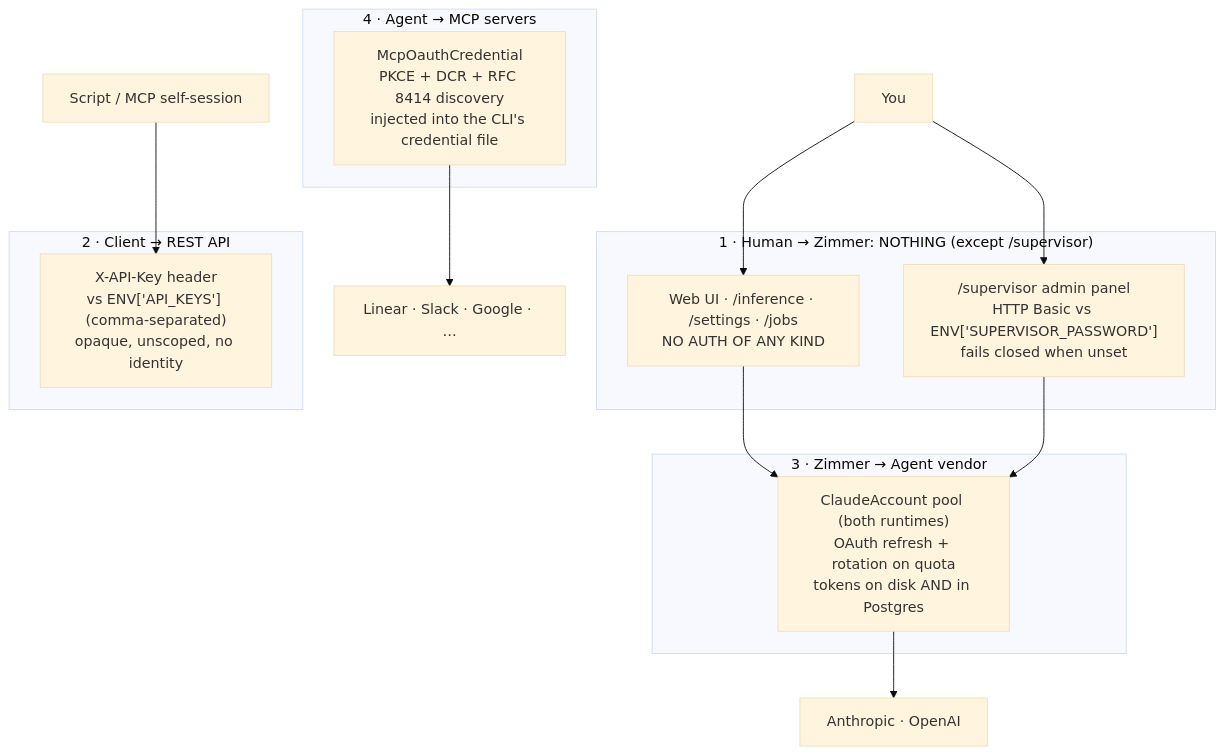
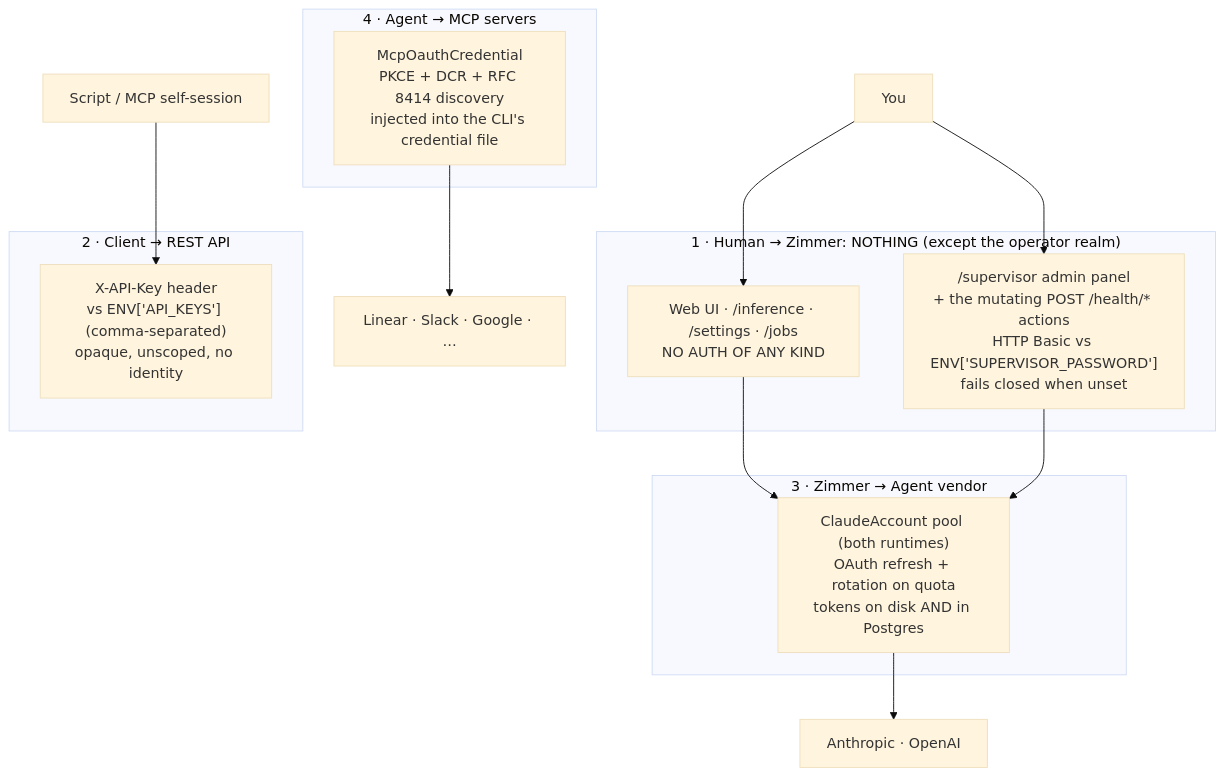
One commit to tadasant/zimmer changed the diagram in docs/src/content/docs/auth/overview.md. Above: the diagram before and after it, drawn with Mermaid (base theme). The commit also changed other lines of this file and 10 other files, not shown here.

First line of the commit message:
fix(health): gate the mutating /health POST actions behind the operator realm

````diff
--- a/docs/src/content/docs/auth/overview.md
+++ b/docs/src/content/docs/auth/overview.md
@@ -11,24 +11,24 @@
 ```mermaid
 flowchart TB
-    subgraph none["1 · Human → Zimmer: NOTHING (except /supervisor)"]
+    subgraph none["1 · Human → Zimmer: NOTHING (except the operator realm)"]
         W["Web UI · /inference · /settings · /jobs<br/>NO AUTH OF ANY KIND"]
-        SUP["/supervisor admin panel<br/>HTTP Basic vs ENV['SUPERVISOR_PASSWORD']<br/>fails closed when unset"]
+        SUP["/supervisor admin panel<br/>+ the mutating POST /health/* actions<br/>HTTP Basic vs ENV['SUPERVISOR_PASSWORD']<br/>fails closed when unset"]
     end
     subgraph api["2 · Client → REST API"]
         A["X-API-Key header<br/>vs ENV['API_KEYS'] (comma-separated)<br/>opaque, unscoped, no identity"]
     end
     subgraph harness["3 · Zimmer → Agent vendor"]
         H["ClaudeAccount pool (both runtimes)<br/>OAuth refresh + rotation on quota<br/>tokens on disk AND in Postgres"]
     end
     subgraph mcp["4 · Agent → MCP servers"]
         M["McpOauthCredential<br/>PKCE + DCR + RFC 8414 discovery<br/>injected into the CLI's credential file"]
     end
 
     U["You"] --> W
     U --> SUP
     C["Script / MCP self-session"] --> A
     W --> H
     SUP --> H
     H --> V["Anthropic · OpenAI"]
     M --> S["Linear · Slack · Google · …"]
 ```
````
